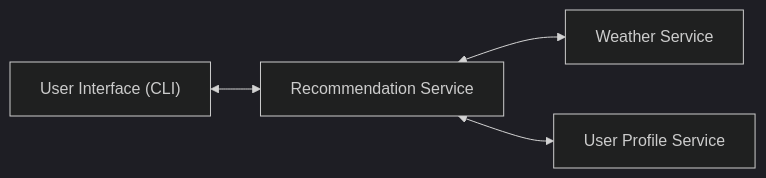
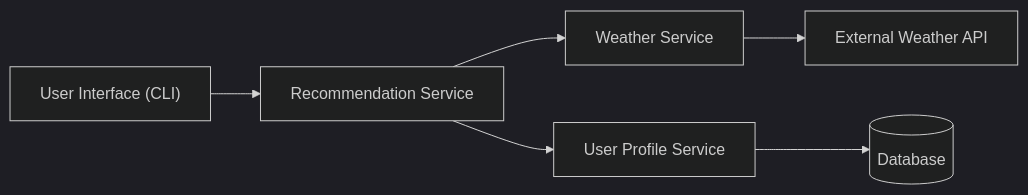
One commit to drashti927/Weather-Activity-Recommender changed the diagram in README.md. Above: the diagram before and after it, drawn with Mermaid (dark theme).

````diff
--- a/README.md
+++ b/README.md
@@ -43,12 +43,17 @@
 ```mermaid
 flowchart LR
 
 UI["User Interface (CLI)"]
 REC["Recommendation Service"]
 WEA["Weather Service"]
 USR["User Profile Service"]
+API["External Weather API"]
+DB[("Database")]
 
-UI <--> REC
-REC <--> WEA
-REC <--> USR
+UI --> REC
+REC --> WEA
+REC --> USR
+WEA --> API
+USR --> DB
+
 ```
````
